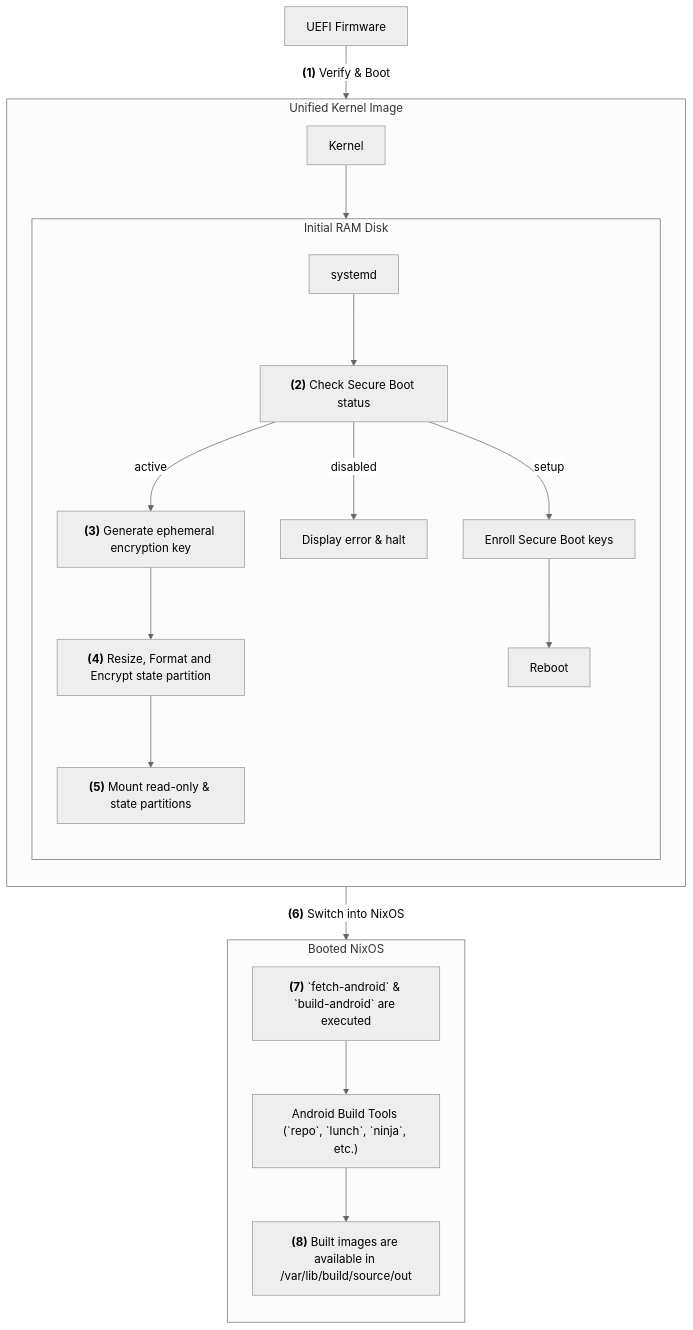
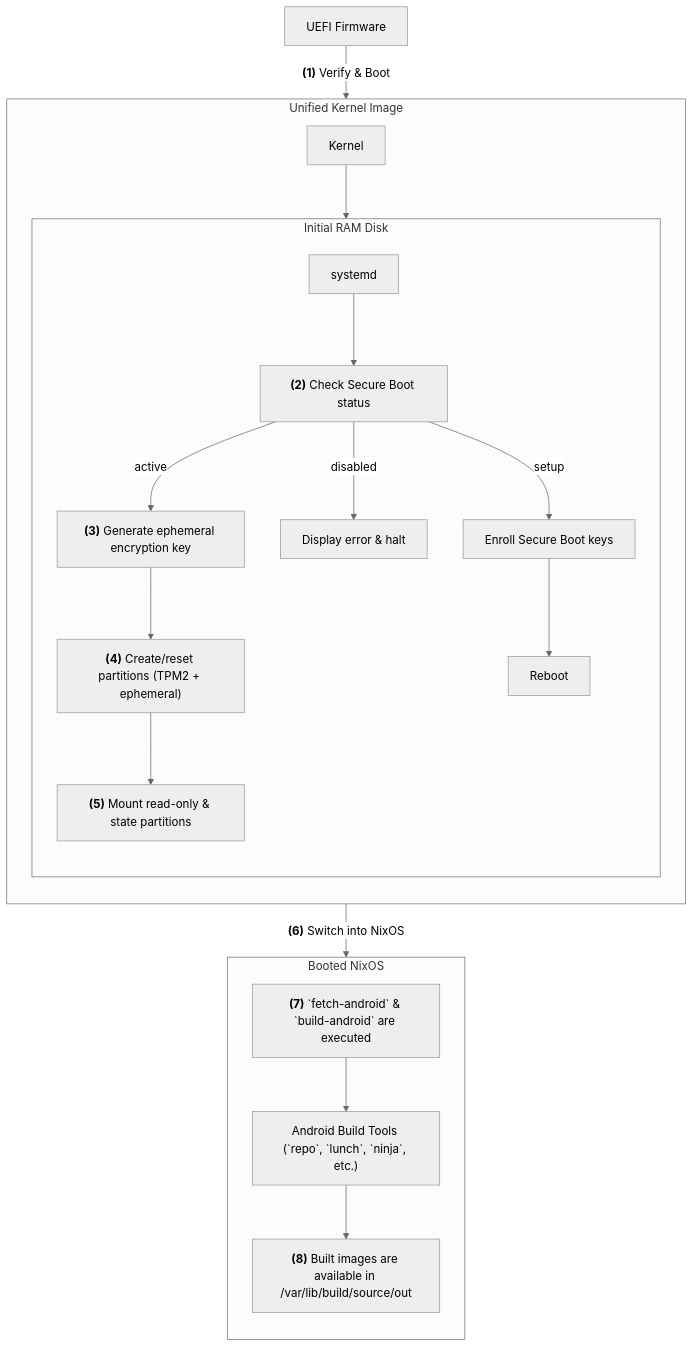
One commit to phaer/nixos-android-builder changed the third of 3 diagrams in docs/docs.md. Above: the diagram before and after it, drawn with Mermaid. The commit also changed other lines of this file and 2 other files, not shown here.

First line of the commit message:
docs: update partition layout and credential/keylime storage paths

```diff
--- a/docs/docs.md
+++ b/docs/docs.md
@@ -384,44 +395,44 @@
 ~~~mermaid
 ---
 config:
   theme: neutral
 ---
 flowchart TB
     uefi["UEFI Firmware"]
     kernel["Kernel"]
     systemd-initrd["systemd"]
 
     check-secureboot["<b>(2)</b> Check Secure Boot status"]
     enroll-secureboot["Enroll Secure Boot keys"]
     reboot["Reboot"]
     halt["Display error & halt"]
 
     generate-disk-key["<b>(3)</b> Generate ephemeral encryption key"]
-    systemd-repart["<b>(4)</b> Resize, Format and Encrypt state partition"]
+    systemd-repart["<b>(4)</b> Create/reset partitions (TPM2 + ephemeral)"]
     mount["<b>(5)</b> Mount read-only & state partitions"]
     build-android["<b>(7)</b> `fetch-android` & `build-android` are executed"]
     android-tools["Android Build Tools (`repo`, `lunch`, `ninja`, etc.)"]
     artifacts["<b>(8)</b> Built images are available in /var/lib/build/source/out"]
 
     uefi -- <b>(1)</b> Verify & Boot --> uki
     subgraph uki["Unified Kernel Image"]
       direction TB
       kernel --> initrd
       subgraph initrd["Initial RAM Disk"]
         direction TB
         systemd-initrd --> check-secureboot
         check-secureboot -- setup --> enroll-secureboot
         check-secureboot -- disabled --> halt
         check-secureboot -- active --> generate-disk-key
         generate-disk-key --> systemd-repart
         systemd-repart --> mount
         enroll-secureboot --> reboot
       end
     end
     uki -- <b>(6)</b> Switch into NixOS --> nixos
     subgraph nixos["Booted NixOS"]
       direction TB
       build-android --> android-tools
       android-tools --> artifacts
     end
 ~~~
```
